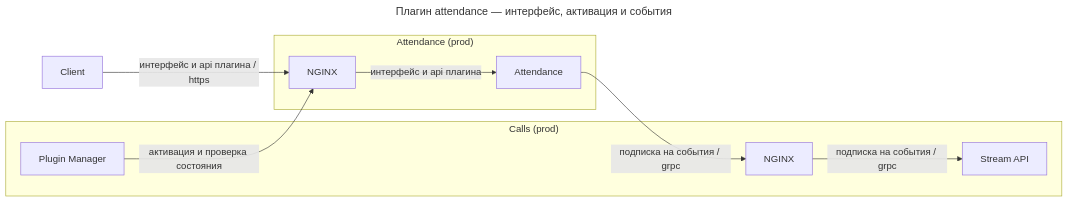
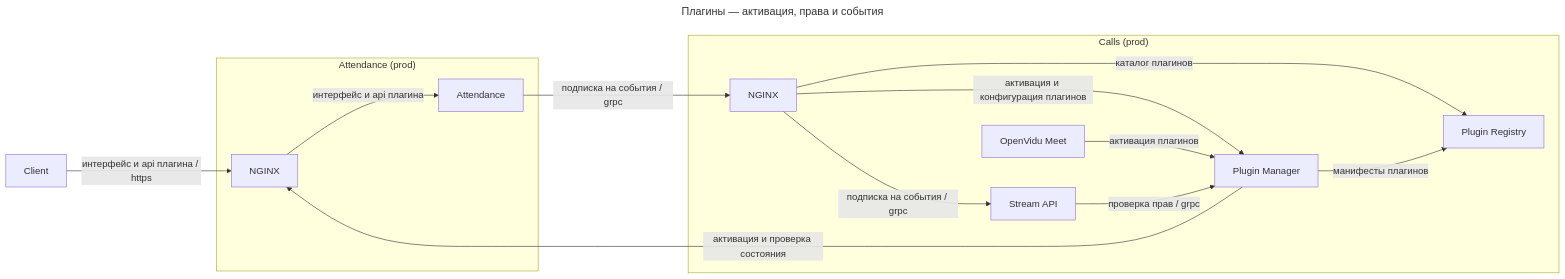
One commit to dwspurpleteam/deployer changed the second of 3 diagrams in README.md. Above: the diagram before and after it, drawn with Mermaid. The commit also changed other lines of this file, not shown here.

Commit message:
Combine architecture diagrams

````diff
--- a/README.md
+++ b/README.md
@@ -55,16 +31,23 @@
 ```mermaid
 ---
-title: Плагин attendance — интерфейс, активация и события
+title: Плагины — активация, права и события
 ---
 flowchart LR
   browser[Client] -->|интерфейс и api плагина / https| attendance_nginx
+
   subgraph calls_plugins["Calls (prod)"]
-    manager[Plugin Manager]
-    proxy[NGINX] -->|подписка на события / grpc| streamapi[Stream API]
+    proxy[NGINX] -->|активация и конфигурация плагинов| manager[Plugin Manager]
+    proxy -->|подписка на события / grpc| streamapi
+    proxy -->|каталог плагинов| registry[Plugin Registry]
+    meet[OpenVidu Meet] -->|активация плагинов| manager
+    streamapi[Stream API] -->|проверка прав / grpc| manager
+    manager -->|манифесты плагинов| registry
   end
+
   subgraph attendance_prod["Attendance (prod)"]
     attendance_nginx[NGINX] -->|интерфейс и api плагина| attendance[Attendance]
   end
+
   manager -->|активация и проверка состояния| attendance_nginx
   attendance -->|подписка на события / grpc| proxy
 ```
````
